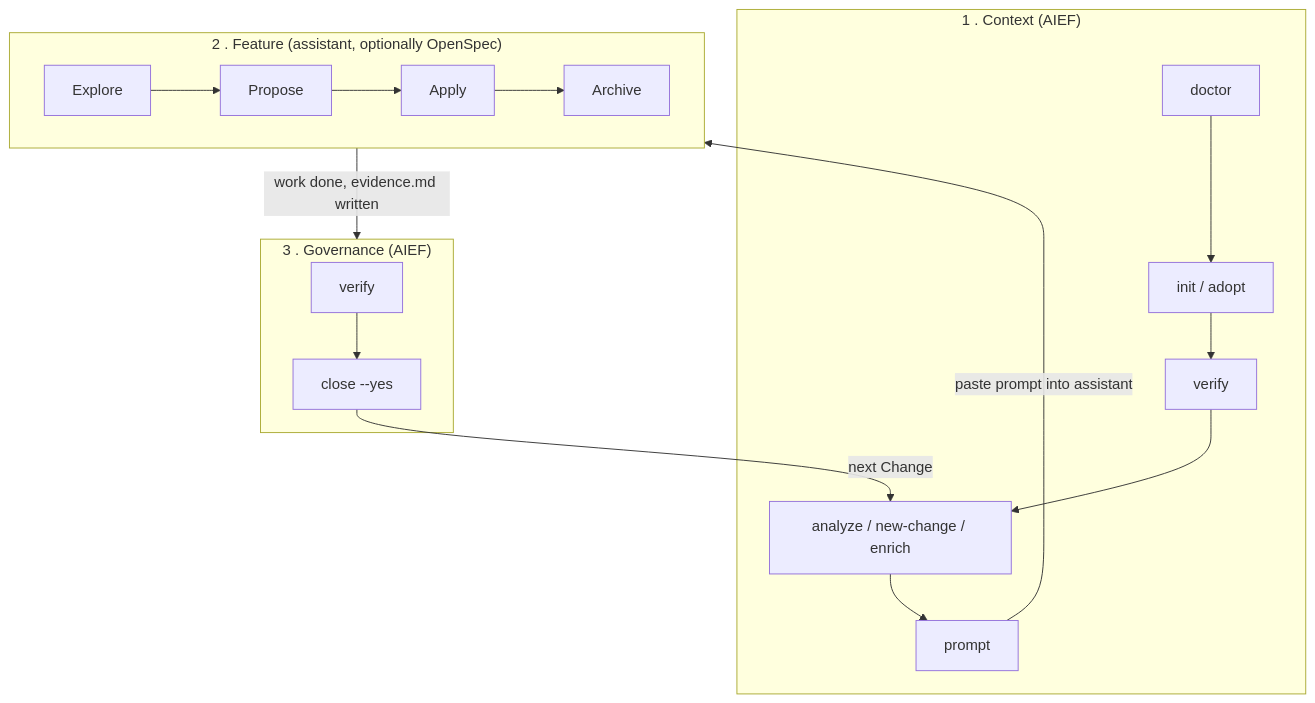
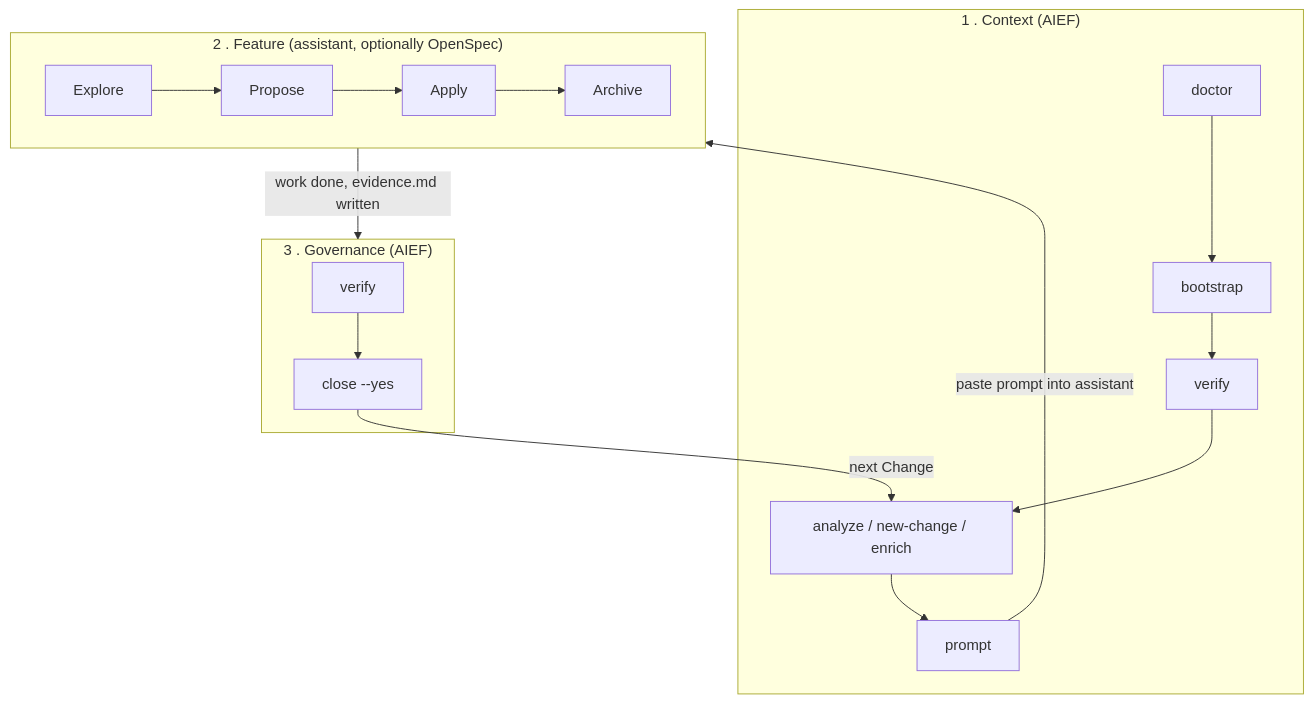
Before and after one commit to avazquezmaza/aief-next: the diagram in docs/workflow.md, drawn with Mermaid. The commit also changed 13 other files, not shown here.

````diff
--- a/docs/workflow.md
+++ b/docs/workflow.md
@@ -9,15 +9,15 @@
 ```mermaid
 flowchart TD
     subgraph L1["1 . Context (AIEF)"]
-        A1[doctor] --> A2[init / adopt] --> A3[verify] --> A4[analyze / new-change / enrich] --> A5[prompt]
+        A1[doctor] --> A2[bootstrap] --> A3[verify] --> A4[analyze / new-change / enrich] --> A5[prompt]
     end
     subgraph L2["2 . Feature (assistant, optionally OpenSpec)"]
         B1[Explore] --> B2[Propose] --> B3[Apply] --> B4[Archive]
     end
     subgraph L3["3 . Governance (AIEF)"]
         C1[verify] --> C2[close --yes]
     end
     A5 -->|paste prompt into assistant| L2
     L2 -->|work done, evidence.md written| L3
     C2 -->|next Change| A4
 ```
````
